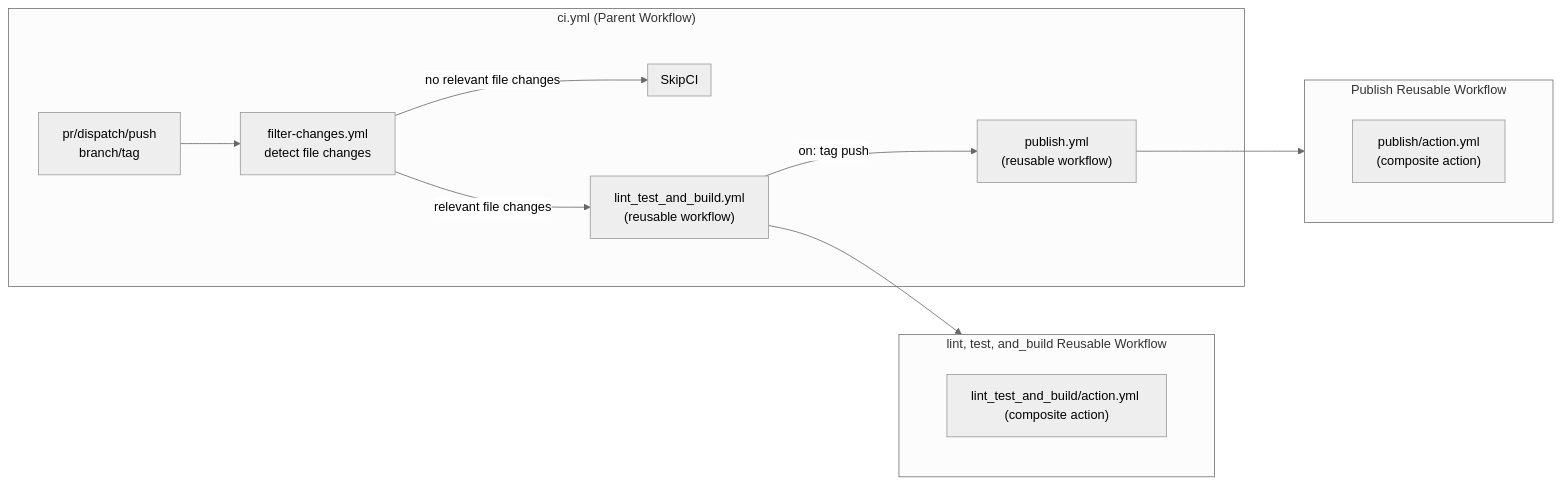
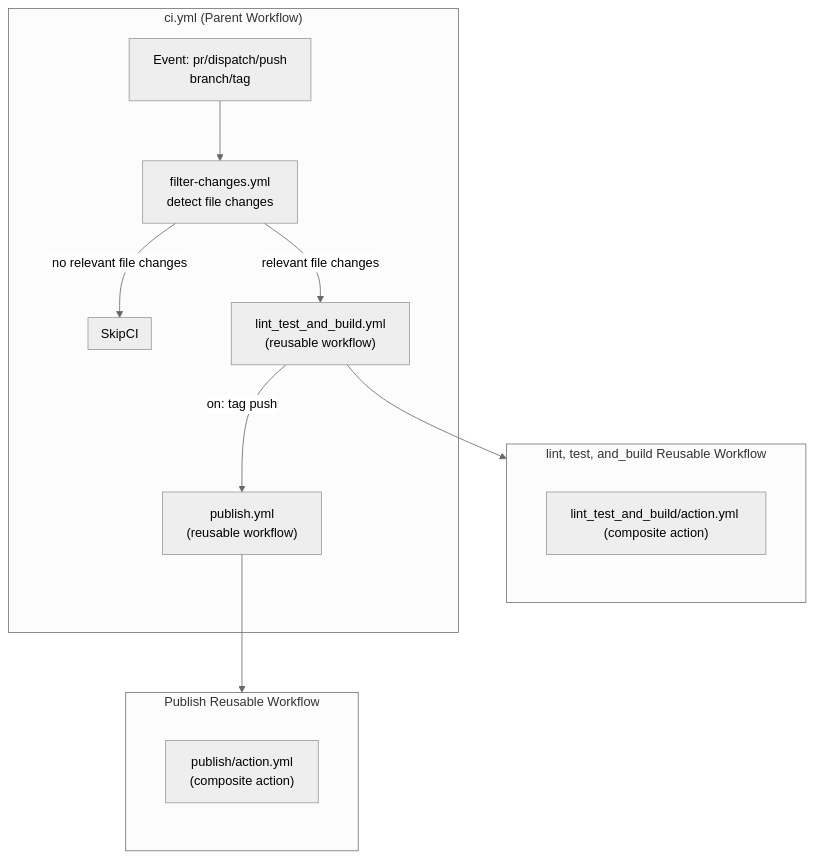
Before and after one commit to arsalanshaikh13/Parallax-Provider-Tutorial: the diagram in README.md, drawn with Mermaid (neutral theme). The commit also changed other lines of this file and 2 other files, not shown here.

````diff
--- a/README.md
+++ b/README.md
@@ -103,31 +132,31 @@
 ```mermaid
 ---
 config:
   flowchart:
     nodeSpacing: 100
     rankSpacing: 75
 ---
-flowchart LR
+flowchart TD
  subgraph Parent["ci.yml (Parent Workflow)"]
-        push["pr/dispatch/push<br>branch/tag"]
+        push["Event: pr/dispatch/push<br>branch/tag"]
         Detect["filter-changes.yml<br>detect file changes"]
         TestBuildWF["lint_test_and_build.yml<br>(reusable workflow)"]
         PublishWF["publish.yml<br>(reusable workflow)"]
         SkipCI["SkipCI"]
   end
  subgraph TestBuild["lint, test, and_build Reusable Workflow"]
         TestBuildAction["lint_test_and_build/action.yml (composite action)"]
   end
  subgraph Publish["Publish Reusable Workflow"]
         PublishAction["publish/action.yml<br> (composite action)"]
   end
  subgraph SkipCI["SkipCI"]
   end
     push --> Detect
     Detect -- relevant file changes --> TestBuildWF
     Detect -- no relevant file changes --> SkipCI
     TestBuildWF --> TestBuild
     TestBuildWF -- on: tag push --> PublishWF
     PublishWF --> Publish
 
 ```
````
